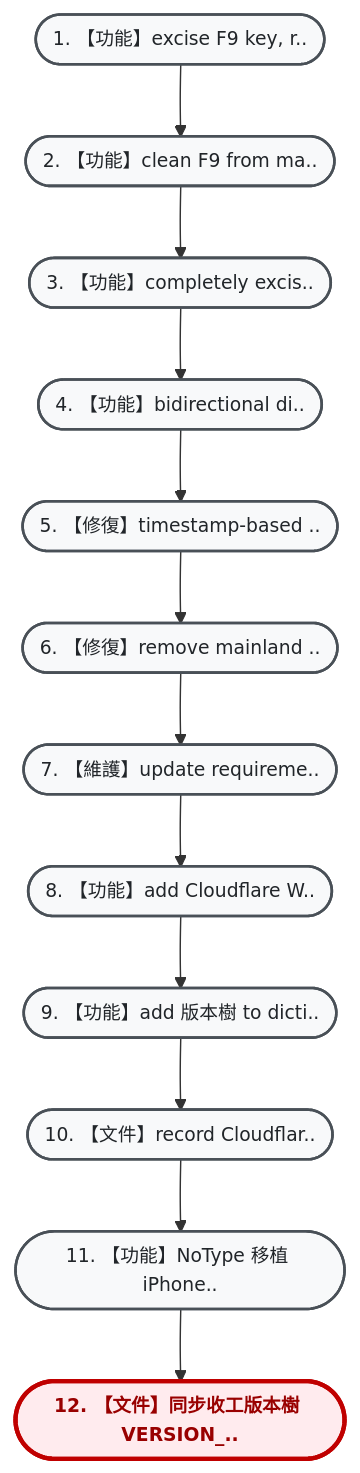
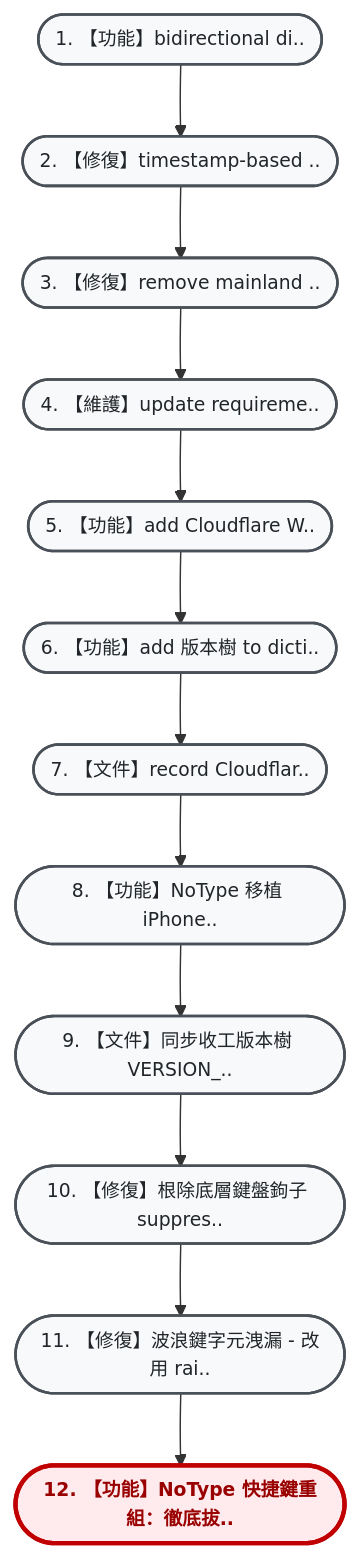
The diagram in VERSION_TREE.md (hjen8/NoType-Scribe), drawn with Mermaid before and after one commit. The commit also changed other lines of this file, not shown here.

Commit message:
【文件】同步收工版本樹 VERSION_TREE.md

````diff
--- a/VERSION_TREE.md
+++ b/VERSION_TREE.md
@@ -13,30 +13,30 @@
 ```mermaid
 flowchart TD
     %% 雙壁版本樹專用視覺化配色風格 (由上而下 TD 垂直大字純中文版)
     classDef default fill:#f8f9fa,stroke:#495057,stroke-width:1.8px,color:#212529,font-size:13px;
     classDef current fill:#ffebee,stroke:#c00000,stroke-width:3px,color:#900,font-weight:bold,font-size:13px;
     classDef mergeNode fill:#e3f2fd,stroke:#1565c0,stroke-width:2px,color:#0d47a1,font-size:13px;
-    n_672623f(["1. 【功能】excise F9 key, r.."]):::default
-    n_1ebb0ec(["2. 【功能】clean F9 from ma.."]):::default
-    n_0839abd(["3. 【功能】completely excis.."]):::default
-    n_c08b18c(["4. 【功能】bidirectional di.."]):::default
-    n_5661482(["5. 【修復】timestamp-based .."]):::default
-    n_4c9bcd5(["6. 【修復】remove mainland .."]):::default
-    n_4a3ea27(["7. 【維護】update requireme.."]):::default
-    n_a05b1df(["8. 【功能】add Cloudflare W.."]):::default
-    n_18e4ca1(["9. 【功能】add 版本樹 to dicti.."]):::default
-    n_47c4704(["10. 【文件】record Cloudflar.."]):::default
-    n_58bbc8c(["11. 【功能】NoType 移植 iPhone.."]):::default
-    n_7723cba(["12. 【文件】同步收工版本樹 VERSION_.."]):::current
-    n_672623f --> n_1ebb0ec
-    n_1ebb0ec --> n_0839abd
-    n_0839abd --> n_c08b18c
+    n_c08b18c(["1. 【功能】bidirectional di.."]):::default
+    n_5661482(["2. 【修復】timestamp-based .."]):::default
+    n_4c9bcd5(["3. 【修復】remove mainland .."]):::default
+    n_4a3ea27(["4. 【維護】update requireme.."]):::default
+    n_a05b1df(["5. 【功能】add Cloudflare W.."]):::default
+    n_18e4ca1(["6. 【功能】add 版本樹 to dicti.."]):::default
+    n_47c4704(["7. 【文件】record Cloudflar.."]):::default
+    n_58bbc8c(["8. 【功能】NoType 移植 iPhone.."]):::default
+    n_7723cba(["9. 【文件】同步收工版本樹 VERSION_.."]):::default
+    n_e2bc0e4(["10. 【修復】根除底層鍵盤鉤子 suppres.."]):::default
+    n_3a6b4ee(["11. 【修復】波浪鍵字元洩漏 - 改用 rai.."]):::default
+    n_112030c(["12. 【功能】NoType 快捷鍵重組：徹底拔.."]):::current
     n_c08b18c --> n_5661482
     n_5661482 --> n_4c9bcd5
     n_4c9bcd5 --> n_4a3ea27
     n_4a3ea27 --> n_a05b1df
     n_a05b1df --> n_18e4ca1
     n_18e4ca1 --> n_47c4704
     n_47c4704 --> n_58bbc8c
     n_58bbc8c --> n_7723cba
+    n_7723cba --> n_e2bc0e4
+    n_e2bc0e4 --> n_3a6b4ee
+    n_3a6b4ee --> n_112030c
 ```
````
